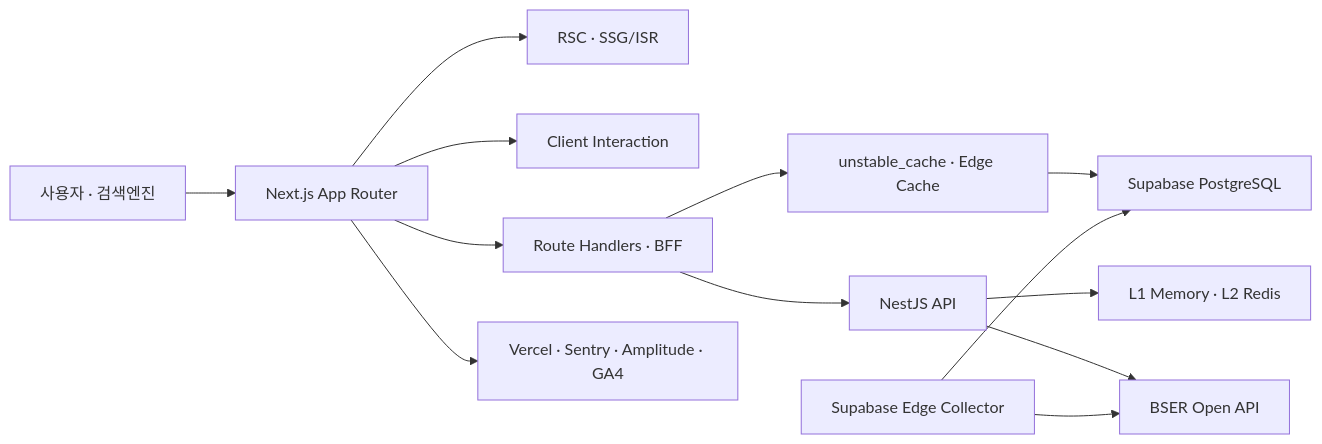
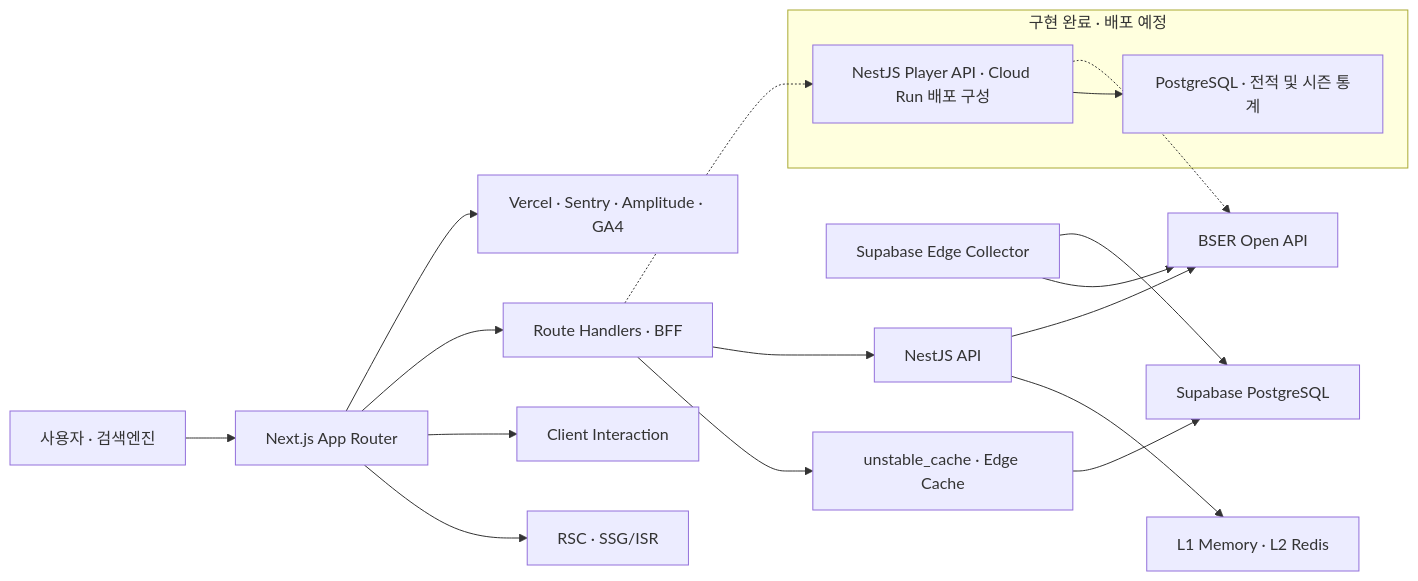
One commit to BellYun/ERMeta changed the diagram in README.md. Above: the diagram before and after it, drawn with Mermaid. The commit also changed other lines of this file, not shown here.

````diff
--- a/README.md
+++ b/README.md
@@ -61,15 +64,22 @@
 ```mermaid
 flowchart LR
   USER["사용자 · 검색엔진"] --> NEXT["Next.js App Router"]
   NEXT --> RSC["RSC · SSG/ISR"]
   NEXT --> CLIENT["Client Interaction"]
   NEXT --> BFF["Route Handlers · BFF"]
   BFF --> CACHE["unstable_cache · Edge Cache"]
   CACHE --> DB["Supabase PostgreSQL"]
   BFF --> NEST["NestJS API"]
   NEST --> REDIS["L1 Memory · L2 Redis"]
   NEST --> BSER["BSER Open API"]
+  BFF -.-> PLAYER
+  subgraph PLANNED["구현 완료 · 배포 예정"]
+    PLAYER["NestJS Player API · Cloud Run 배포 구성"]
+    HISTORY["PostgreSQL · 전적 및 시즌 통계"]
+    PLAYER --> HISTORY
+  end
+  PLAYER -.-> BSER
   COLLECTOR["Supabase Edge Collector"] --> BSER
   COLLECTOR --> DB
   NEXT --> OBS["Vercel · Sentry · Amplitude · GA4"]
 ```
````
